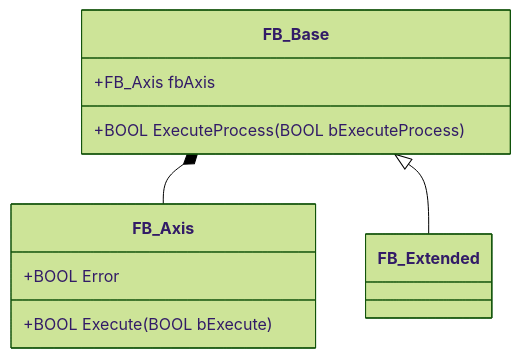
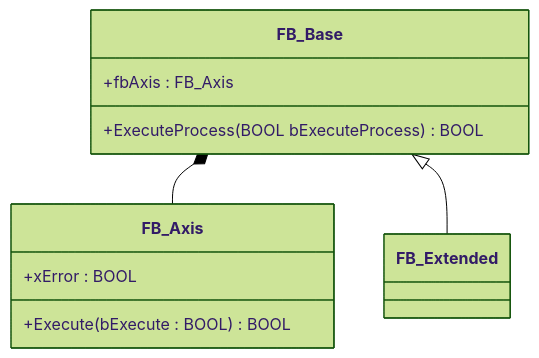
The fourth of 8 diagrams in AAut_MOD_01_IEC_61131_OOP_Introduction/README Reference.md (hei-synd-aaut/aaut-docs), drawn with Mermaid (forest theme) before and after one commit. The commit also changed other lines of this file and 12 other files, not shown here.

````diff
--- a/AAut_MOD_01_IEC_61131_OOP_Introduction/README Reference.md
+++ b/AAut_MOD_01_IEC_61131_OOP_Introduction/README Reference.md
@@ -744,19 +744,19 @@
 ```mermaid
 classDiagram
     class FB_Base {
-        +FB_Axis fbAxis
-        +BOOL ExecuteProcess(BOOL bExecuteProcess)
+        +fbAxis : FB_Axis 
+        +ExecuteProcess(BOOL bExecuteProcess) BOOL
     }
 
     class FB_Axis {
-        +BOOL Execute(BOOL bExecute)
-        +BOOL Error
+        +Execute(bExecute : BOOL) BOOL
+        +xError : BOOL
     }
 
     class FB_Extended {
     }
 
 FB_Base *-- FB_Axis
 FB_Base <|-- FB_Extended
 
 ```
````
